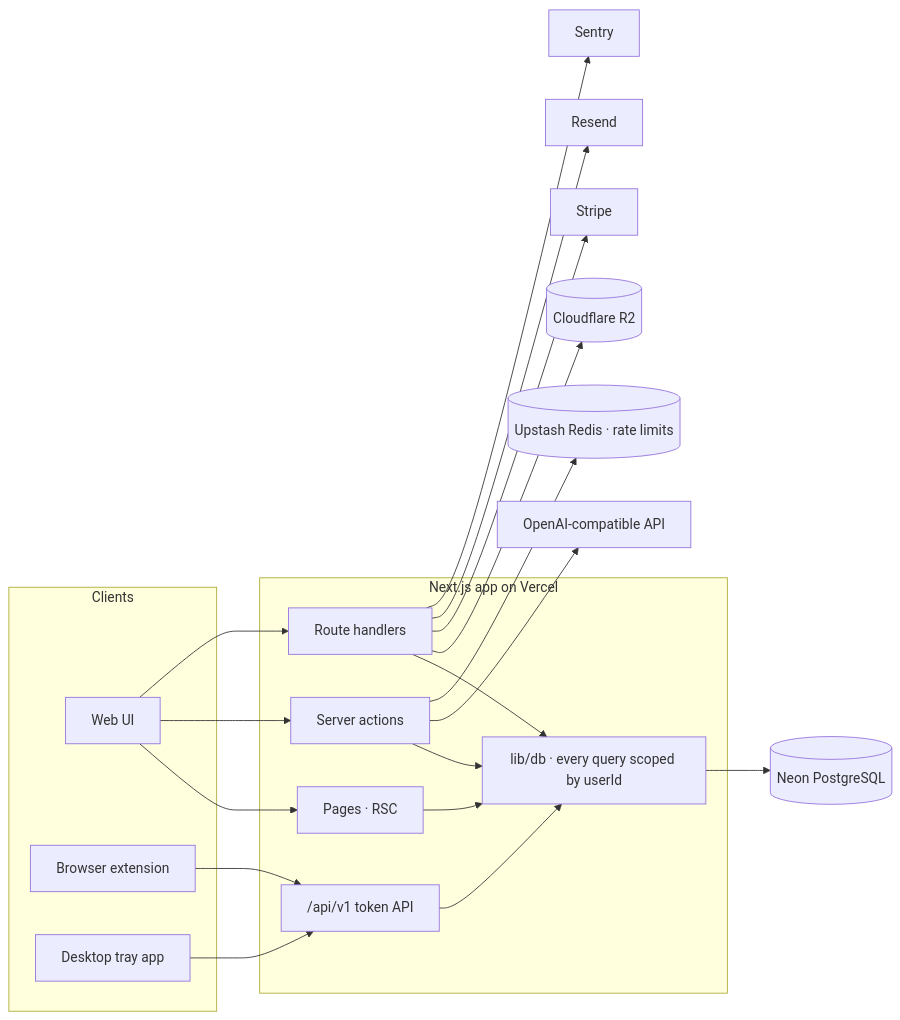
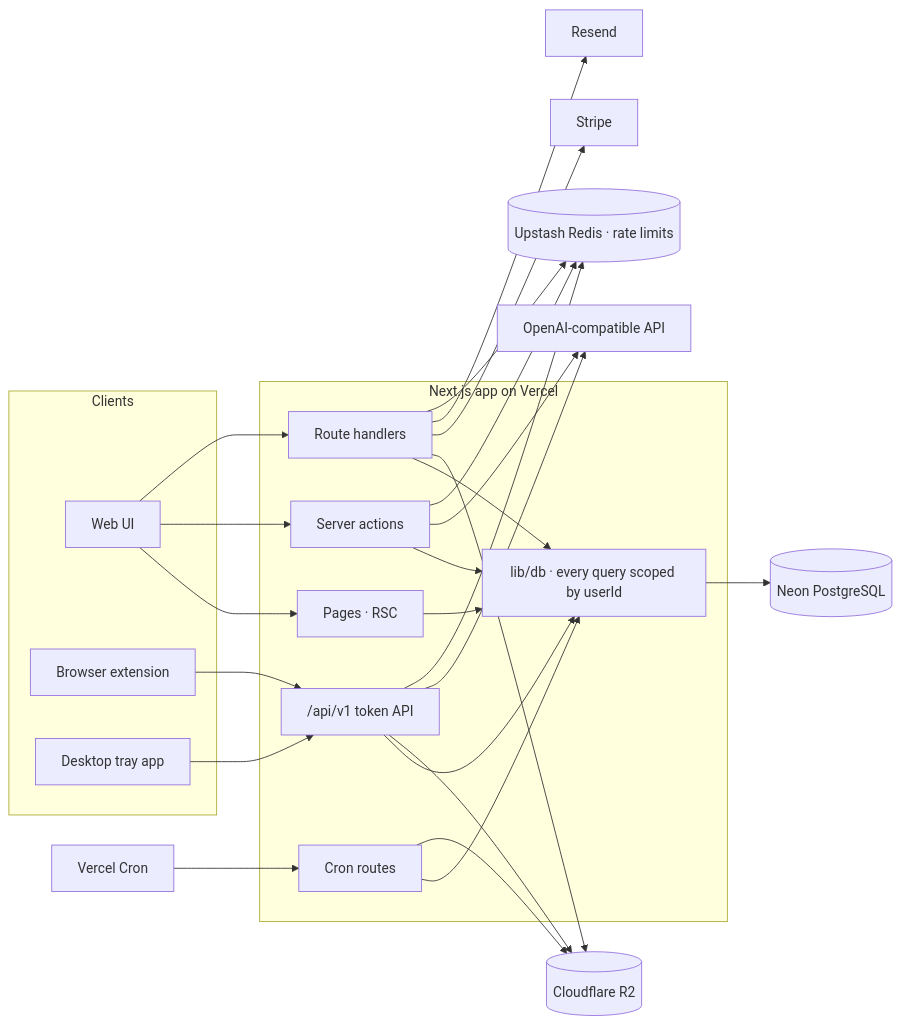
One commit to Divyanshu2805/bitbin changed the diagram in README.md. Above: the diagram before and after it, drawn with Mermaid. The commit also changed other lines of this file and 57 other files, not shown here.

````diff
--- a/README.md
+++ b/README.md
@@ -91,31 +86,26 @@
 ```mermaid
 flowchart LR
   subgraph Clients
     W[Web UI]
     X[Browser extension]
     D[Desktop tray app]
   end
   subgraph "Next.js app on Vercel"
     P[Pages · RSC]
     A[Server actions]
     R[Route handlers]
     T["/api/v1 token API"]
+    C[Cron routes]
     L["lib/db · every query scoped by userId"]
   end
-  W --> P
-  W --> A
-  W --> R
-  X --> T
-  D --> T
-  P --> L
-  A --> L
-  R --> L
-  T --> L
+  W --> P & A & R
+  X & D --> T
+  P & A & R & T & C --> L
   L --> DB[(Neon PostgreSQL)]
-  R --> S3[(Cloudflare R2)]
+  R & T & C --> S3[(Cloudflare R2)]
   R --> ST[Stripe]
-  A --> AI[OpenAI-compatible API]
+  A & T --> AI[OpenAI-compatible API]
   R --> RS[Resend]
-  A --> UP[(Upstash Redis · rate limits)]
-  R --> SE[Sentry]
+  A & R & T --> UP[(Upstash Redis · rate limits)]
+  VC[Vercel Cron] --> C
 ```
````
